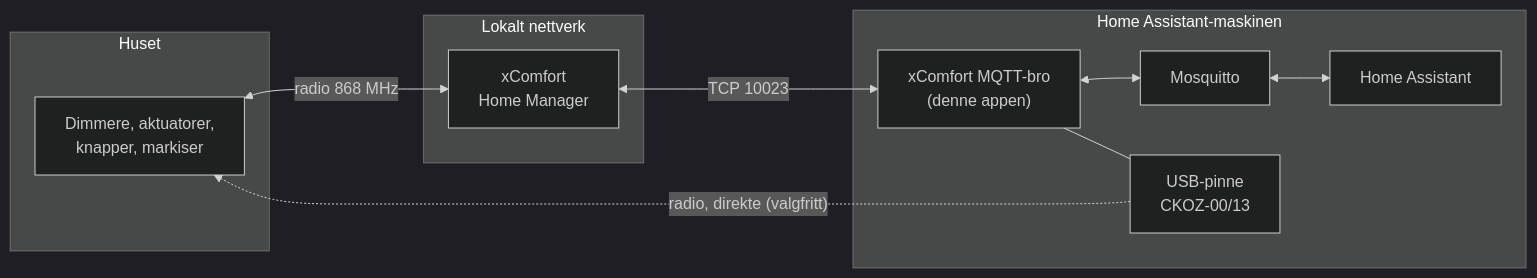
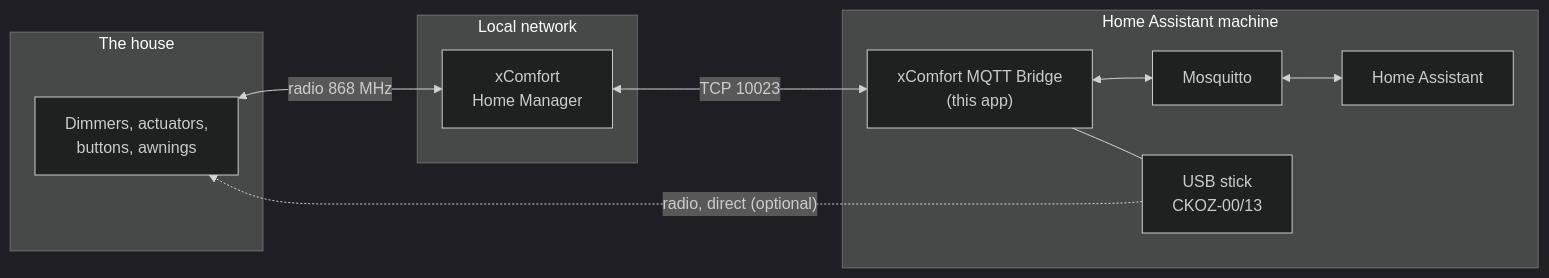
One commit to PolsaFH/xcomfort-ha changed the diagram in README.md. Above: the diagram before and after it, drawn with Mermaid (dark theme). The commit also changed other lines of this file and 28 other files, not shown here.

````diff
--- a/README.md
+++ b/README.md
@@ -269,20 +259,20 @@
 ```mermaid
 flowchart LR
-    subgraph Hus["Huset"]
-        D["Dimmere, aktuatorer,<br/>knapper, markiser"]
+    subgraph House["The house"]
+        D["Dimmers, actuators,<br/>buttons, awnings"]
     end
-    subgraph Nett["Lokalt nettverk"]
+    subgraph Net["Local network"]
         HM["xComfort<br/>Home Manager"]
     end
-    subgraph HA["Home Assistant-maskinen"]
-        APP["xComfort MQTT-bro<br/>(denne appen)"]
-        USB["USB-pinne<br/>CKOZ-00/13"]
+    subgraph HA["Home Assistant machine"]
+        APP["xComfort MQTT Bridge<br/>(this app)"]
+        USB["USB stick<br/>CKOZ-00/13"]
         MQ["Mosquitto"]
         CORE["Home Assistant"]
     end
     D <-- "radio 868 MHz" --> HM
     HM <-- "TCP 10023" --> APP
     APP <--> MQ <--> CORE
     APP --- USB
-    USB -. "radio, direkte (valgfritt)" .-> D
+    USB -. "radio, direct (optional)" .-> D
 ```
````
